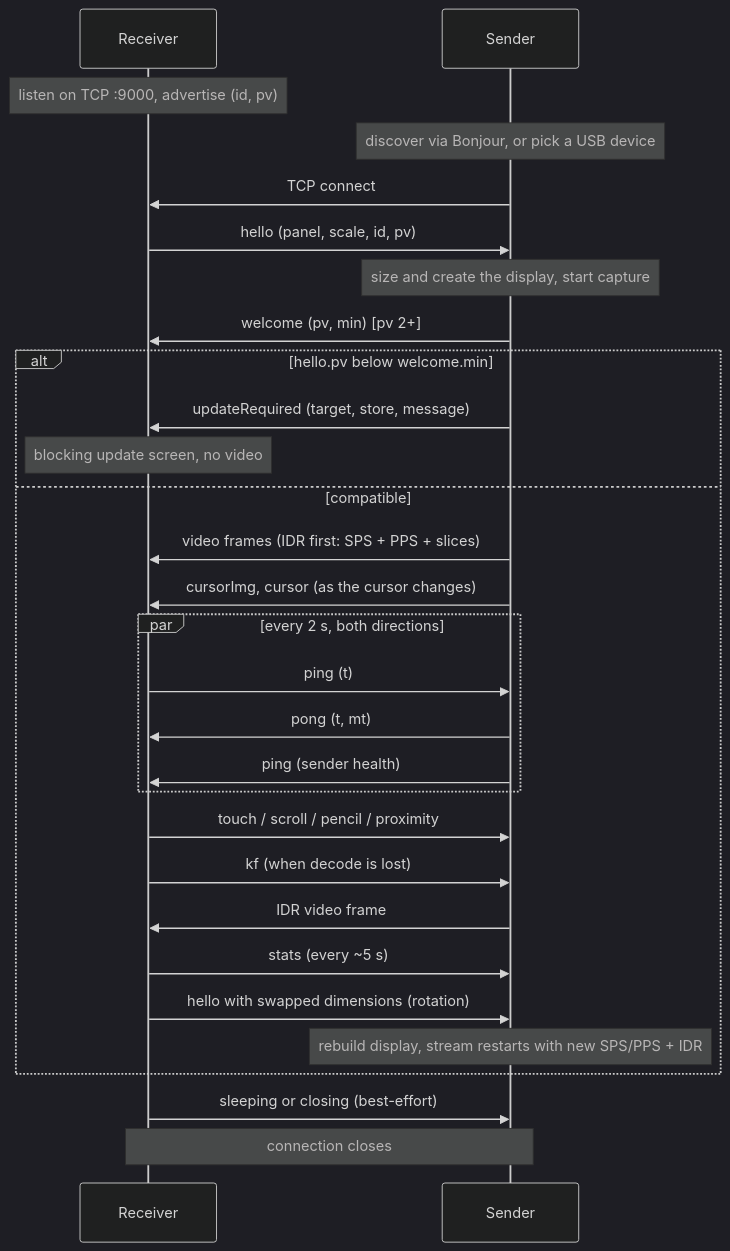
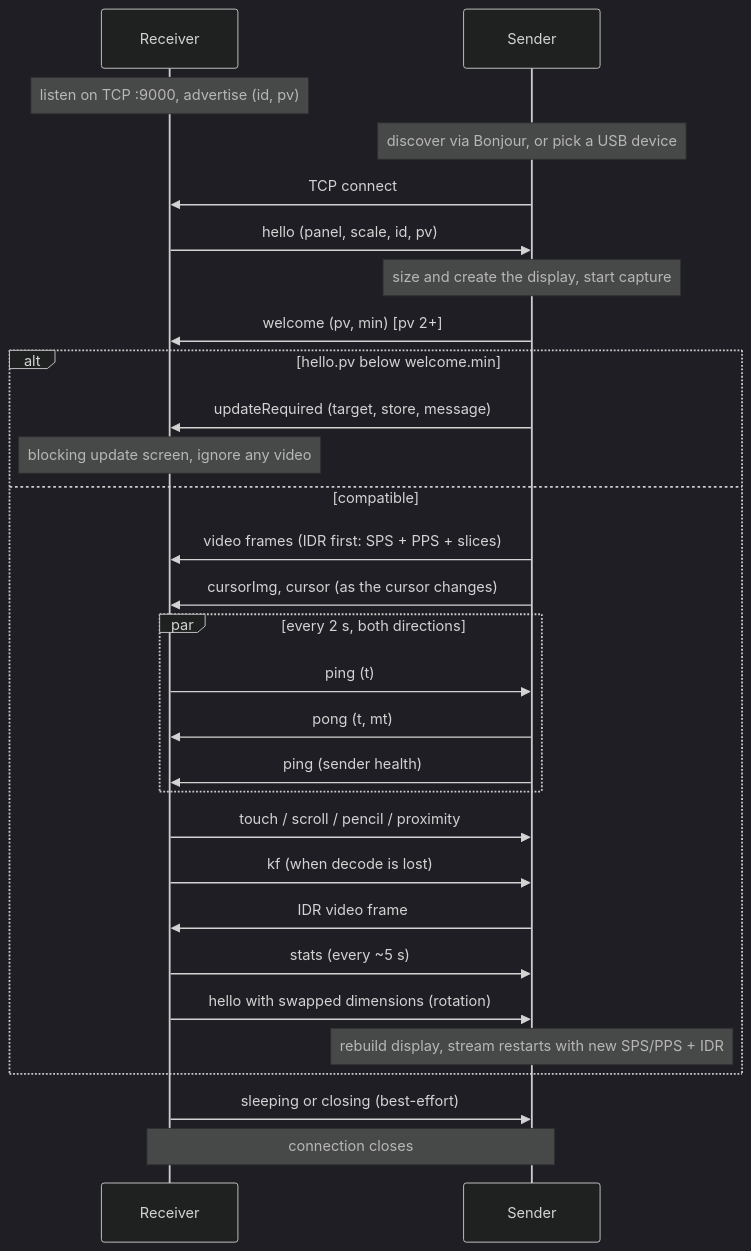
One commit to peetzweg/opendisplay changed the diagram in PROTOCOL.md. Above: the diagram before and after it, drawn with Mermaid (dark theme). The commit also changed other lines of this file, not shown here.

````diff
--- a/PROTOCOL.md
+++ b/PROTOCOL.md
@@ -451,31 +456,31 @@
 ```mermaid
 sequenceDiagram
     participant R as Receiver
     participant S as Sender
     Note over R: listen on TCP :9000, advertise (id, pv)
     Note over S: discover via Bonjour, or pick a USB device
     S->>R: TCP connect
     R->>S: hello (panel, scale, id, pv)
     Note over S: size and create the display, start capture
     S->>R: welcome (pv, min) [pv 2+]
     alt hello.pv below welcome.min
         S->>R: updateRequired (target, store, message)
-        Note over R: blocking update screen, no video
+        Note over R: blocking update screen, ignore any video
     else compatible
         S->>R: video frames (IDR first: SPS + PPS + slices)
         S->>R: cursorImg, cursor (as the cursor changes)
         par every 2 s, both directions
             R->>S: ping (t)
             S->>R: pong (t, mt)
             S->>R: ping (sender health)
         end
         R->>S: touch / scroll / pencil / proximity
         R->>S: kf (when decode is lost)
         S->>R: IDR video frame
         R->>S: stats (every ~5 s)
         R->>S: hello with swapped dimensions (rotation)
         Note over S: rebuild display, stream restarts with new SPS/PPS + IDR
     end
     R->>S: sleeping or closing (best-effort)
     Note over R,S: connection closes
 ```
````
